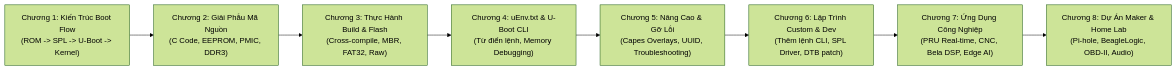
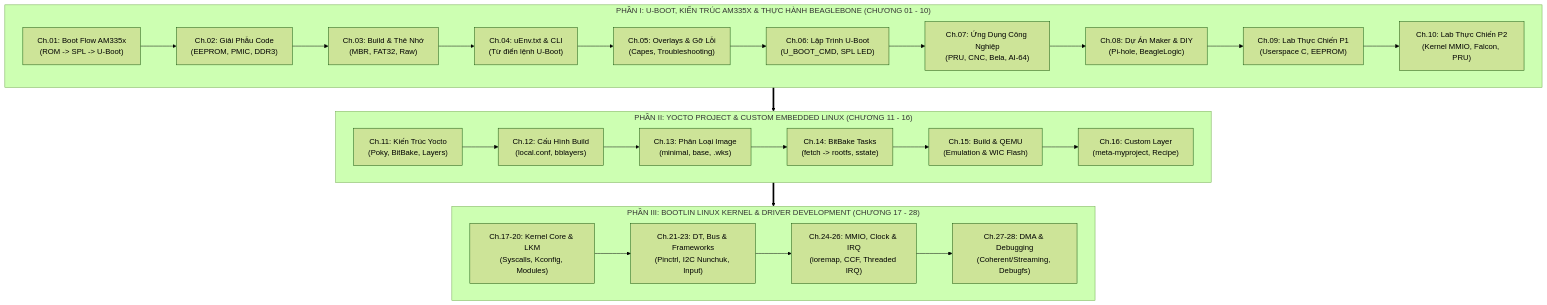
The diagram in UBoot_BeagleBone/README.md (thinh1210/Obsidian), drawn with Mermaid (forest theme) before and after one commit. The commit also changed other lines of this file and 38 other files, not shown here.

````diff
--- a/UBoot_BeagleBone/README.md
+++ b/UBoot_BeagleBone/README.md
@@ -11,10 +14,34 @@
 ```mermaid
-graph LR
-    Ch1["Chương 1: Kiến Trúc Boot Flow<br>(ROM -> SPL -> U-Boot -> Kernel)"] --> Ch2["Chương 2: Giải Phẫu Mã Nguồn<br>(C Code, EEPROM, PMIC, DDR3)"]
-    Ch2 --> Ch3["Chương 3: Thực Hành Build & Flash<br>(Cross-compile, MBR, FAT32, Raw)"]
-    Ch3 --> Ch4["Chương 4: uEnv.txt & U-Boot CLI<br>(Từ điển lệnh, Memory Debugging)"]
-    Ch4 --> Ch5["Chương 5: Nâng Cao & Gỡ Lỗi<br>(Capes Overlays, UUID, Troubleshooting)"]
-    Ch5 --> Ch6["Chương 6: Lập Trình Custom & Dev<br>(Thêm lệnh CLI, SPL Driver, DTB patch)"]
-    Ch6 --> Ch7["Chương 7: Ứng Dụng Công Nghiệp<br>(PRU Real-time, CNC, Bela DSP, Edge AI)"]
-    Ch7 --> Ch8["Chương 8: Dự Án Maker & Home Lab<br>(Pi-hole, BeagleLogic, OBD-II, Audio)"]
+graph TD
+    subgraph Part1["PHẦN I: U-BOOT, KIẾN TRÚC AM335X & THỰC HÀNH BEAGLEBONE (CHƯƠNG 01 - 10)"]
+        direction LR
+        Ch1["Ch.01: Boot Flow AM335x<br>(ROM -> SPL -> U-Boot)"] --> Ch2["Ch.02: Giải Phẫu Code<br>(EEPROM, PMIC, DDR3)"]
+        Ch2 --> Ch3["Ch.03: Build & Thẻ Nhớ<br>(MBR, FAT32, Raw)"]
+        Ch3 --> Ch4["Ch.04: uEnv.txt & CLI<br>(Từ điển lệnh U-Boot)"]
+        Ch4 --> Ch5["Ch.05: Overlays & Gỡ Lỗi<br>(Capes, Troubleshooting)"]
+        Ch5 --> Ch6["Ch.06: Lập Trình U-Boot<br>(U_BOOT_CMD, SPL LED)"]
+        Ch6 --> Ch7["Ch.07: Ứng Dụng Công Nghiệp<br>(PRU, CNC, Bela, AI-64)"]
+        Ch7 --> Ch8["Ch.08: Dự Án Maker & DIY<br>(Pi-hole, BeagleLogic)"]
+        Ch8 --> Ch9["Ch.09: Lab Thực Chiến P1<br>(Userspace C, EEPROM)"]
+        Ch9 --> Ch10["Ch.10: Lab Thực Chiến P2<br>(Kernel MMIO, Falcon, PRU)"]
+    end
+
+    subgraph Part2["PHẦN II: YOCTO PROJECT & CUSTOM EMBEDDED LINUX (CHƯƠNG 11 - 16)"]
+        direction LR
+        Ch11["Ch.11: Kiến Trúc Yocto<br>(Poky, BitBake, Layers)"] --> Ch12["Ch.12: Cấu Hình Build<br>(local.conf, bblayers)"]
+        Ch12 --> Ch13["Ch.13: Phân Loại Image<br>(minimal, base, .wks)"]
+        Ch13 --> Ch14["Ch.14: BitBake Tasks<br>(fetch -> rootfs, sstate)"]
+        Ch14 --> Ch15["Ch.15: Build & QEMU<br>(Emulation & WIC Flash)"]
+        Ch15 --> Ch16["Ch.16: Custom Layer<br>(meta-myproject, Recipe)"]
+    end
+
+    subgraph Part3["PHẦN III: BOOTLIN LINUX KERNEL & DRIVER DEVELOPMENT (CHƯƠNG 17 - 28)"]
+        direction LR
+        Ch17["Ch.17-20: Kernel Core & LKM<br>(Syscalls, Kconfig, Modules)"] --> Ch21["Ch.21-23: DT, Bus & Frameworks<br>(Pinctrl, I2C Nunchuk, Input)"]
+        Ch21 --> Ch24["Ch.24-26: MMIO, Clock & IRQ<br>(ioremap, CCF, Threaded IRQ)"]
+        Ch24 --> Ch27["Ch.27-28: DMA & Debugging<br>(Coherent/Streaming, Debugfs)"]
+    end
+
+    Part1 ==> Part2
+    Part2 ==> Part3
 ```
````
